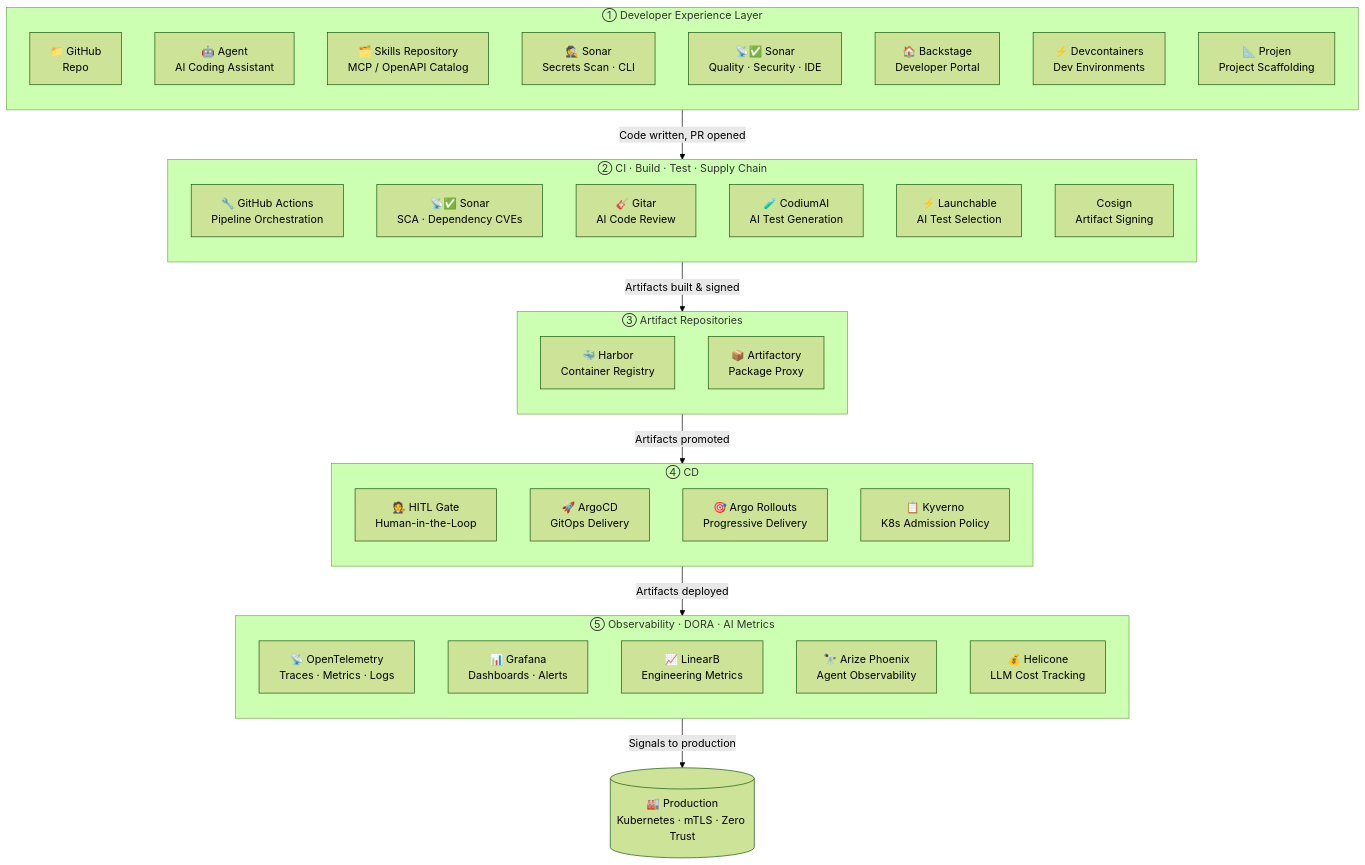
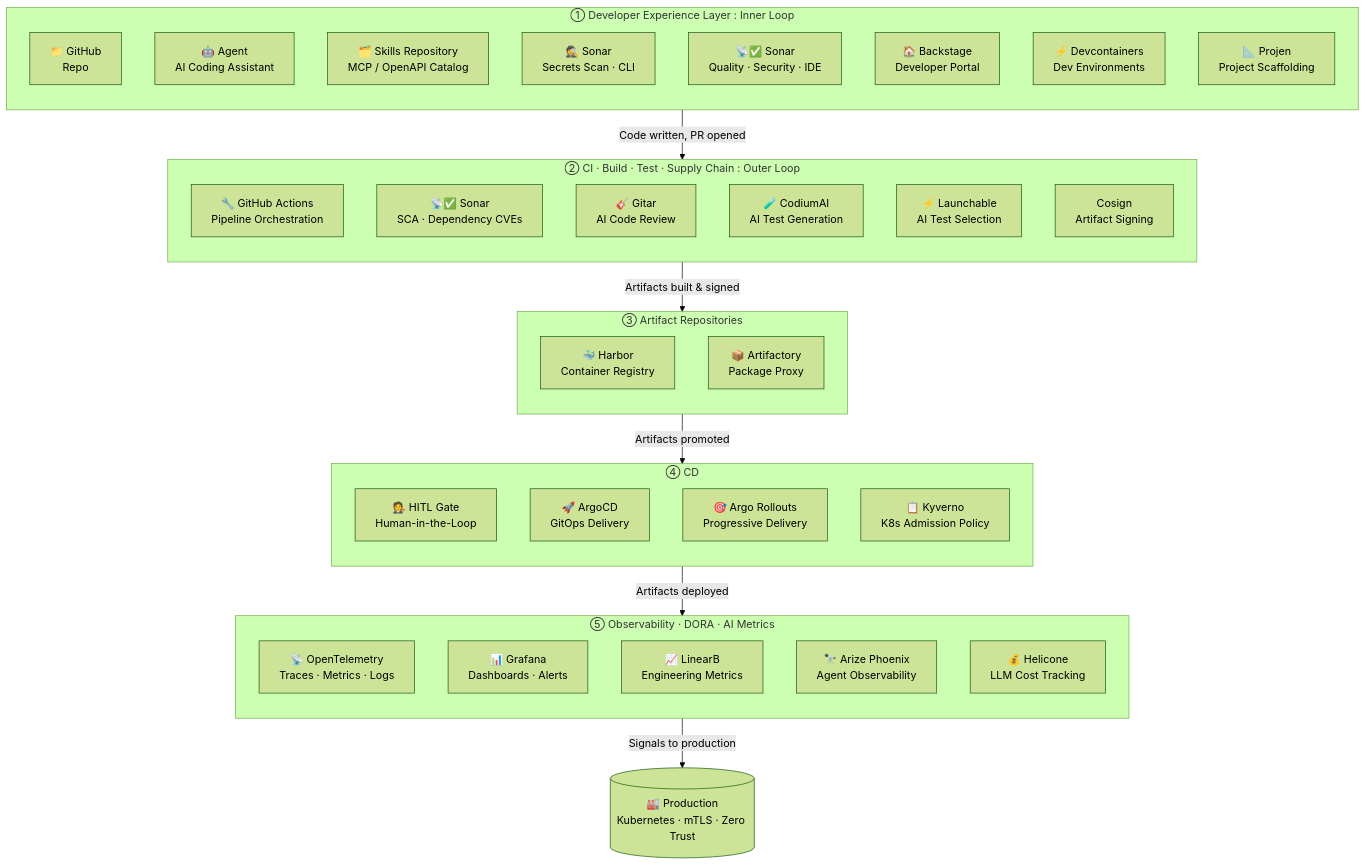
The second of 2 diagrams in IDP/README.md (jim-halkyard-sonarsource/notes), drawn with Mermaid (forest theme) before and after one commit.

Commit message:
Tidy up the section titles to reflect Innter & Outer Loops

````diff
--- a/IDP/README.md
+++ b/IDP/README.md
@@ -60,57 +60,57 @@
 ```mermaid
 flowchart TB
-    subgraph DEV["① Developer Experience Layer"]
+    subgraph DEV["① Developer Experience Layer : Inner Loop"]
         direction TD
         GitHub["📁 GitHub\nRepo"]
         Agent["🤖 Agent\nAI Coding Assistant"]
         SkillRepo["🗂️ Skills Repository\nMCP / OpenAPI Catalog"]
         SonarSec["🕵️ Sonar\nSecrets Scan · CLI"]
         SonarSAST["📡✅ Sonar\nQuality · Security · IDE"]
         Backstage["🏠 Backstage\nDeveloper Portal"]
         Devcontainers["⚡ Devcontainers\nDev Environments"]
         Projen["📐 Projen\nProject Scaffolding"]
     end
 
-    subgraph CI["② CI · Build · Test · Supply Chain"]
+    subgraph CI["② CI · Build · Test · Supply Chain : Outer Loop"]
         direction TD
         GHActions["🔧 GitHub Actions\nPipeline Orchestration"]
         SonarSCA["📡✅ Sonar\nSCA · Dependency CVEs"]
         Gitar["🎸 Gitar\nAI Code Review"]
         CodiumAI["🧪 CodiumAI\nAI Test Generation"]
         Launchable["⚡ Launchable\nAI Test Selection"]
         Sign["Cosign\nArtifact Signing"]
     end
 
     subgraph REG["③ Artifact Repositories"]
         direction TD
         Harbor["🐳 Harbor\nContainer Registry"]
         Artifactory["📦 Artifactory\nPackage Proxy"]
     end
 
     subgraph CD["④ CD"]
         direction TD
         HITL["🧑‍⚖️ HITL Gate\nHuman-in-the-Loop"]
         ArgoCD["🚀 ArgoCD\nGitOps Delivery"]
         ArgoRollouts["🎯 Argo Rollouts\nProgressive Delivery"]
         Kyverno["📋 Kyverno\nK8s Admission Policy"]
     end
 
     subgraph OBS["⑤ Observability · DORA · AI Metrics"]
         direction TD
         OTel["📡 OpenTelemetry\nTraces · Metrics · Logs"]
         Grafana["📊 Grafana\nDashboards · Alerts"]
         LinearB["📈 LinearB\nEngineering Metrics"]
         Arize["🔭 Arize Phoenix\nAgent Observability"]
         Helicone["💰 Helicone\nLLM Cost Tracking"]
     end
 
     PROD[("🏭 Production\nKubernetes · mTLS · Zero Trust")]
 
 
     DEV -->|"Code written, PR opened"| CI
     CI -->|"Artifacts built & signed"| REG    
     REG -->|"Artifacts promoted"| CD
     CD -->|"Artifacts deployed"| OBS
     OBS -->|"Signals to production"| PROD
 
 ```
````
